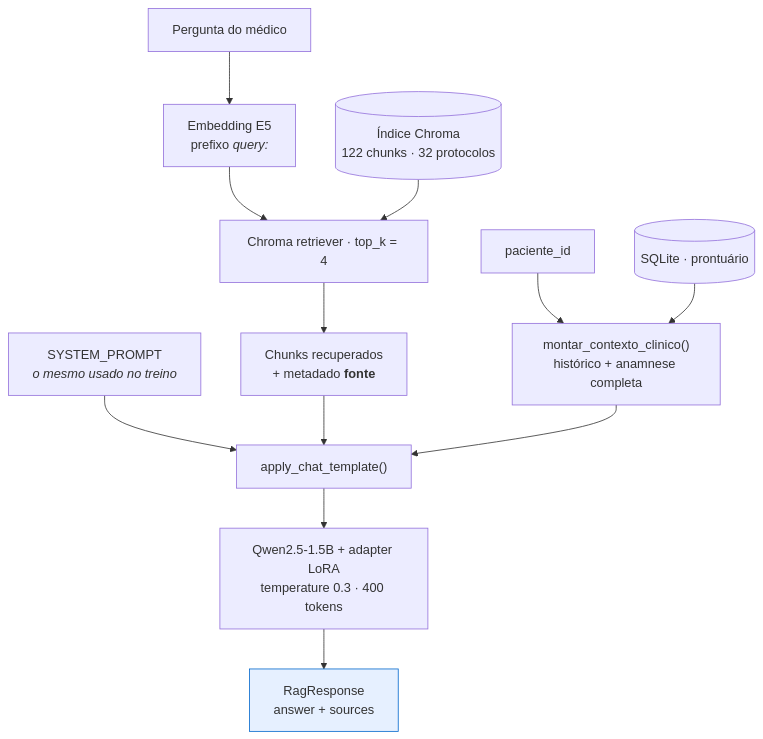
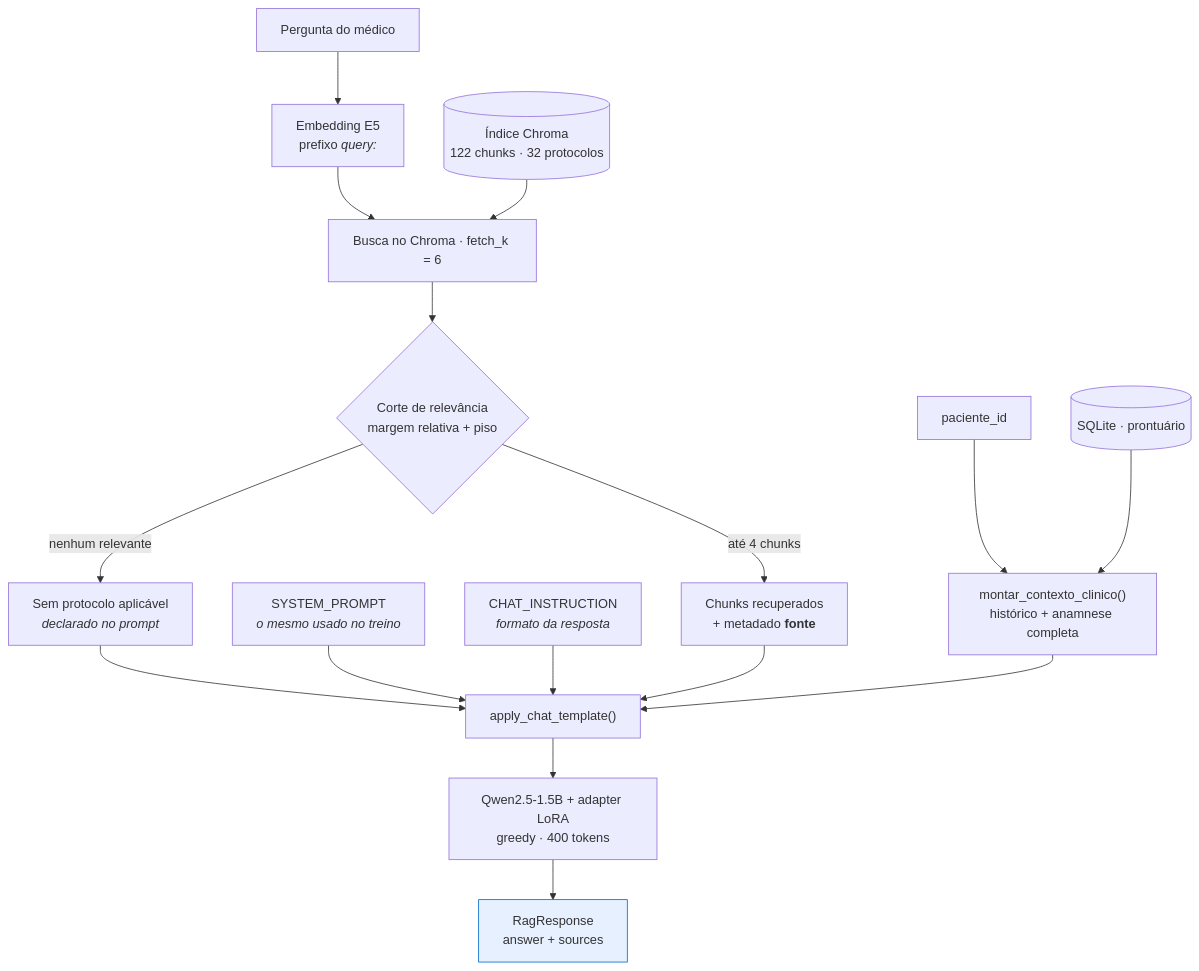
One commit to bschoola/AI-TechChallenge-Step3 changed the fourth of 5 diagrams in RELATORIO_TECNICO.md. Above: the diagram before and after it, drawn with Mermaid. The commit also changed other lines of this file and 36 other files, not shown here.

````diff
--- a/RELATORIO_TECNICO.md
+++ b/RELATORIO_TECNICO.md
@@ -372,19 +381,23 @@
 ```mermaid
 flowchart TD
     Q["Pergunta do médico"] --> EMB1["Embedding E5<br/>prefixo <i>query:</i>"]
-    EMB1 --> RET["Chroma retriever · top_k = 4"]
+    EMB1 --> RET["Busca no Chroma · fetch_k = 6"]
     IDX[("Índice Chroma<br/>122 chunks · 32 protocolos")] --> RET
-    RET --> DOCS["Chunks recuperados<br/>+ metadado <b>fonte</b>"]
+    RET --> CORTE{"Corte de relevância<br/>margem relativa + piso"}
+    CORTE -->|nenhum relevante| VAZIO["Sem protocolo aplicável<br/><i>declarado no prompt</i>"]
+    CORTE -->|até 4 chunks| DOCS["Chunks recuperados<br/>+ metadado <b>fonte</b>"]
+    VAZIO --> PROMPT
 
     PID["paciente_id"] --> TOOL["montar_contexto_clinico()<br/>histórico + anamnese completa"]
     DB[("SQLite · prontuário")] --> TOOL
 
     SP["SYSTEM_PROMPT<br/><i>o mesmo usado no treino</i>"] --> PROMPT
+    CI["CHAT_INSTRUCTION<br/><i>formato da resposta</i>"] --> PROMPT
     DOCS --> PROMPT["apply_chat_template()"]
     TOOL --> PROMPT
 
-    PROMPT --> LLM["Qwen2.5-1.5B + adapter LoRA<br/>temperature 0.3 · 400 tokens"]
+    PROMPT --> LLM["Qwen2.5-1.5B + adapter LoRA<br/>greedy · 400 tokens"]
     LLM --> RESP["RagResponse<br/>answer + sources"]
 
     style RESP fill:#e6f0ff,stroke:#06c
 ```
````
